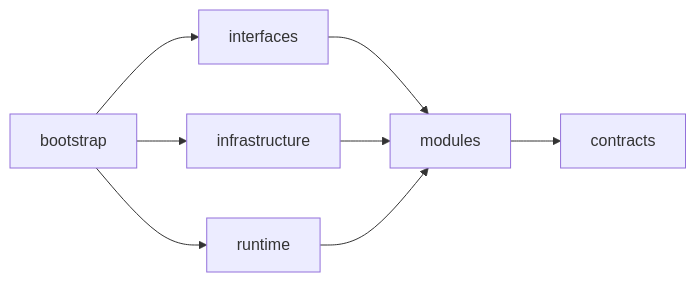
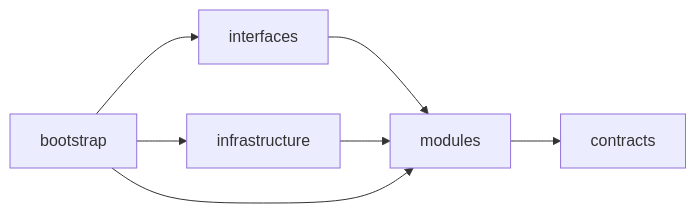
The first of 2 diagrams in run/docs/system-design.md (fadfasfa/claude-code-test), drawn with Mermaid before and after one commit. The commit also changed other lines of this file and 75 other files, not shown here.

````diff
--- a/run/docs/system-design.md
+++ b/run/docs/system-design.md
@@ -7,10 +7,9 @@
 ```mermaid
 flowchart LR
     Modules["modules"] --> Contracts["contracts"]
     Interfaces["interfaces"] --> Modules
     Infrastructure["infrastructure"] --> Modules
-    Runtime["runtime"] --> Modules
     Bootstrap["bootstrap"] --> Interfaces
     Bootstrap --> Infrastructure
-    Bootstrap --> Runtime
+    Bootstrap --> Modules
 ```
````
